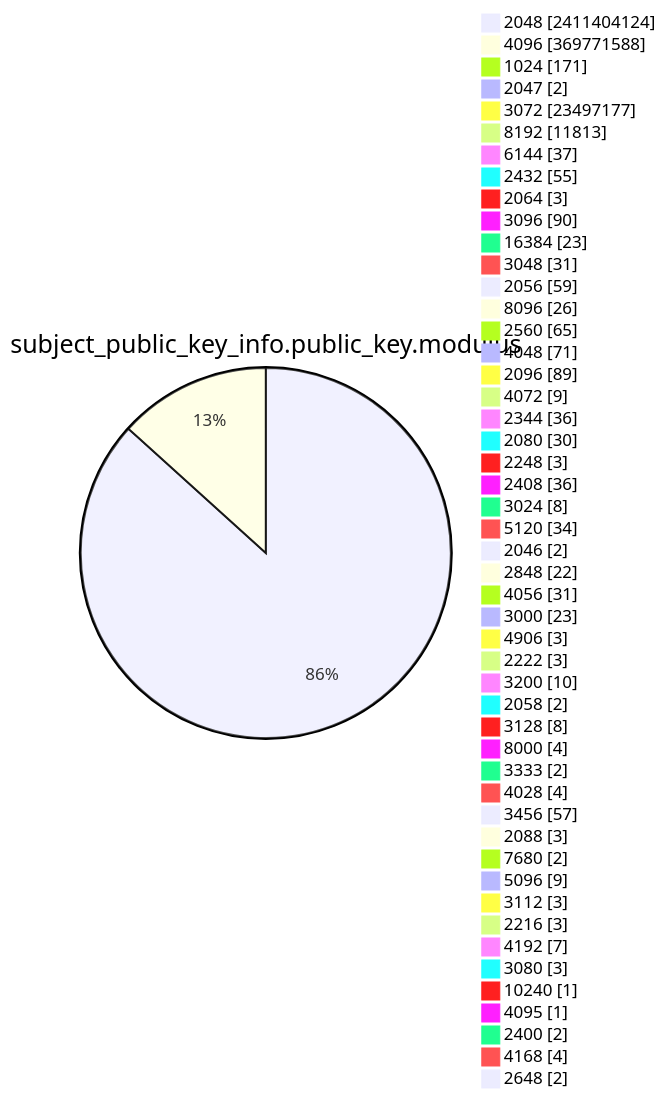
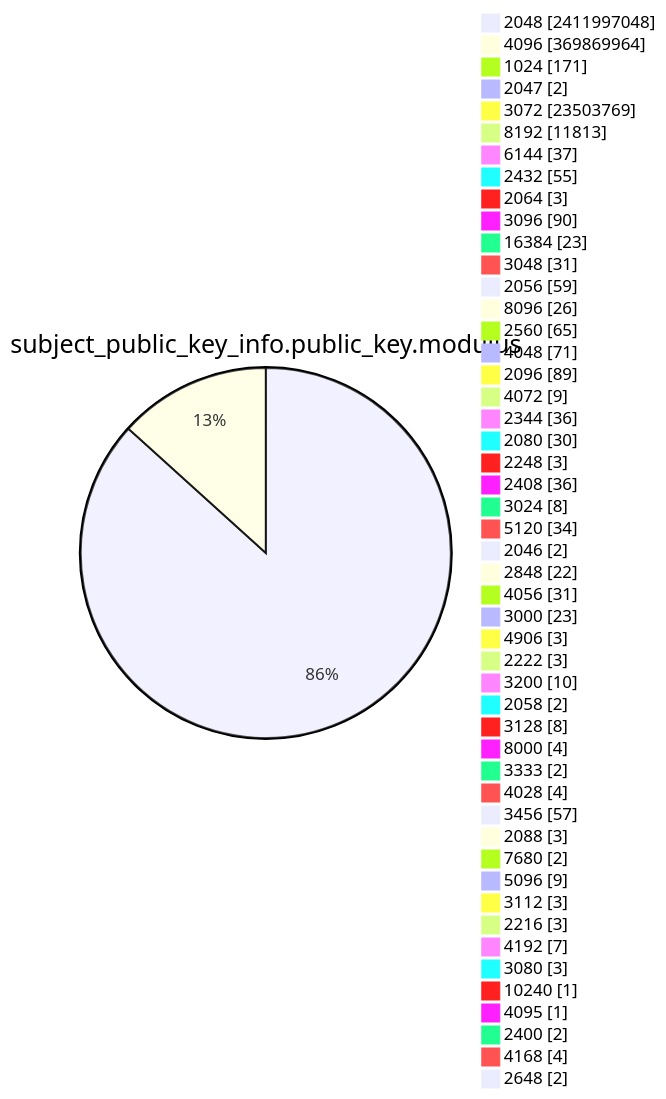
Diagram 13 of 15 in TOTAL/README.md (christiankrug/ctmonitor_visualization), drawn with Mermaid before and after one commit. The commit also changed other lines of this file, not shown here.

````diff
--- a/TOTAL/README.md
+++ b/TOTAL/README.md
@@ -4167,53 +4167,53 @@
 ```mermaid
 pie showData
 title subject_public_key_info.public_key.modulus
-"2048" :2411404124
-"4096" :369771588
+"2048" :2411997048
+"4096" :369869964
 "1024" :171
 "2047" :2
-"3072" :23497177
+"3072" :23503769
 "8192" :11813
 "6144" :37
 "2432" :55
 "2064" :3
 "3096" :90
 "16384" :23
 "3048" :31
 "2056" :59
 "8096" :26
 "2560" :65
 "4048" :71
 "2096" :89
 "4072" :9
 "2344" :36
 "2080" :30
 "2248" :3
 "2408" :36
 "3024" :8
 "5120" :34
 "2046" :2
 "2848" :22
 "4056" :31
 "3000" :23
 "4906" :3
 "2222" :3
 "3200" :10
 "2058" :2
 "3128" :8
 "8000" :4
 "3333" :2
 "4028" :4
 "3456" :57
 "2088" :3
 "7680" :2
 "5096" :9
 "3112" :3
 "2216" :3
 "4192" :7
 "3080" :3
 "10240" :1
 "4095" :1
 "2400" :2
 "4168" :4
 "2648" :2
 ```
````
